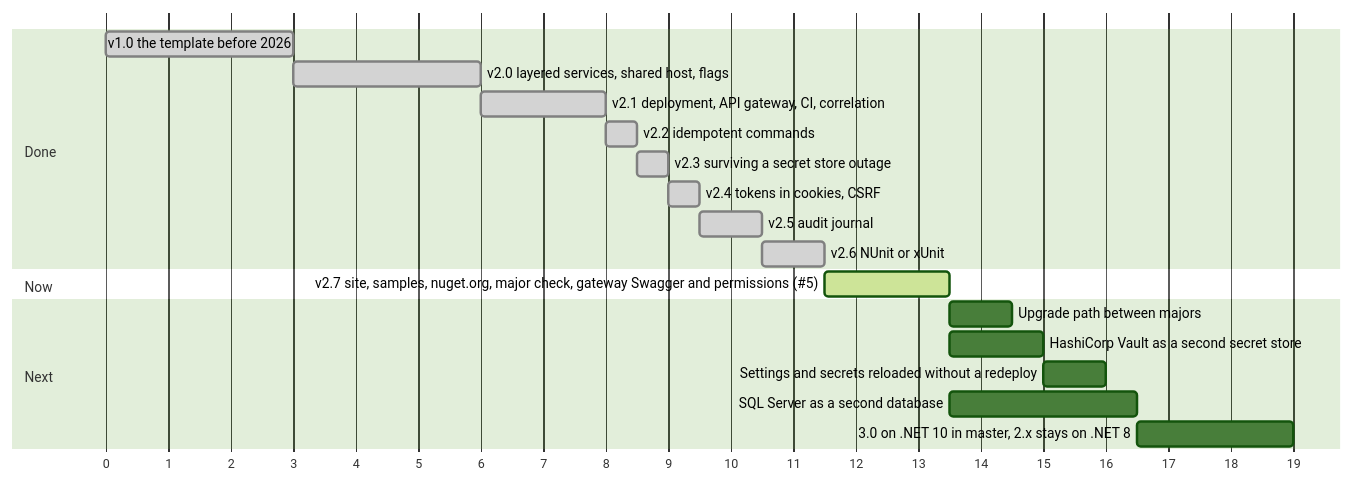
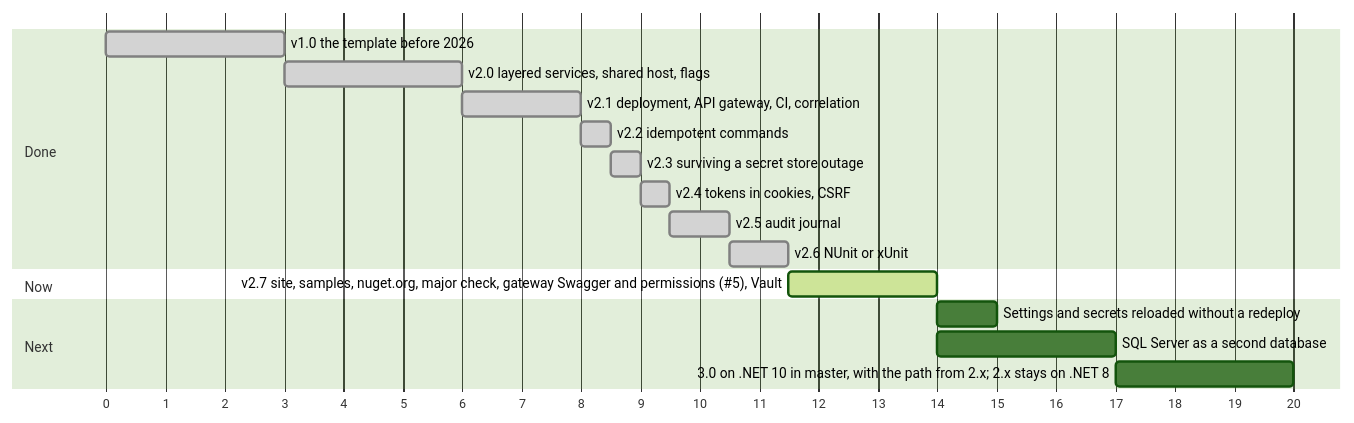
The diagram in docs/roadmap.md (Vovanda/DotNetSolutionKit), drawn with Mermaid (forest theme) before and after one commit. The commit also changed other lines of this file and 27 other files, not shown here.

First line of the commit message:
feat: secrets can come from HashiCorp Vault

````diff
--- a/docs/roadmap.md
+++ b/docs/roadmap.md
@@ -5,26 +5,24 @@
 ```mermaid
 gantt
     dateFormat X
     axisFormat %s
     tickInterval 1second
 
     section Done
     v1.0 the template before 2026                         :done, s1, 0, 3000ms
     v2.0 layered services, shared host, flags             :done, s2, after s1, 3000ms
     v2.1 deployment, API gateway, CI, correlation         :done, s3, after s2, 2000ms
     v2.2 idempotent commands                              :done, s4, after s3, 500ms
     v2.3 surviving a secret store outage                  :done, s5, after s4, 500ms
     v2.4 tokens in cookies, CSRF                          :done, s6, after s5, 500ms
     v2.5 audit journal                                    :done, s7, after s6, 1000ms
     v2.6 NUnit or xUnit                                   :done, s8, after s7, 1000ms
 
     section Now
-    v2.7 site, samples, nuget.org, major check, gateway Swagger and permissions (#5) :active, s9, after s8, 2000ms
+    v2.7 site, samples, nuget.org, major check, gateway Swagger and permissions (#5), Vault :active, s9, after s8, 2500ms
 
     section Next
-    Upgrade path between majors                           :s11, after s9, 1000ms
-    HashiCorp Vault as a second secret store              :s12, after s9, 1500ms
-    Settings and secrets reloaded without a redeploy      :s13, after s12, 1000ms
+    Settings and secrets reloaded without a redeploy      :s13, after s9, 1000ms
     SQL Server as a second database                       :s14, after s9, 3000ms
-    3.0 on .NET 10 in master, 2.x stays on .NET 8         :s15, after s11 s13 s14, 2500ms
+    3.0 on .NET 10 in master, with the path from 2.x; 2.x stays on .NET 8 :s15, after s13 s14, 3000ms
 ```
````
